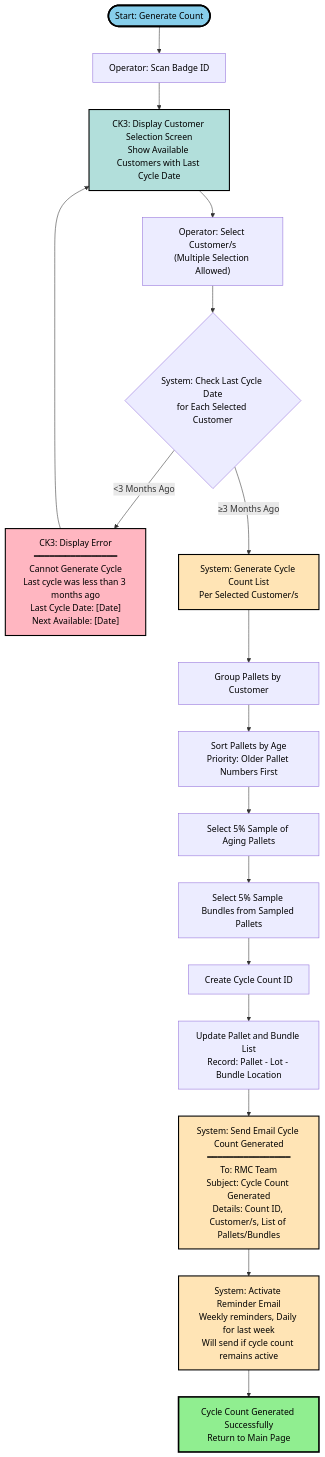
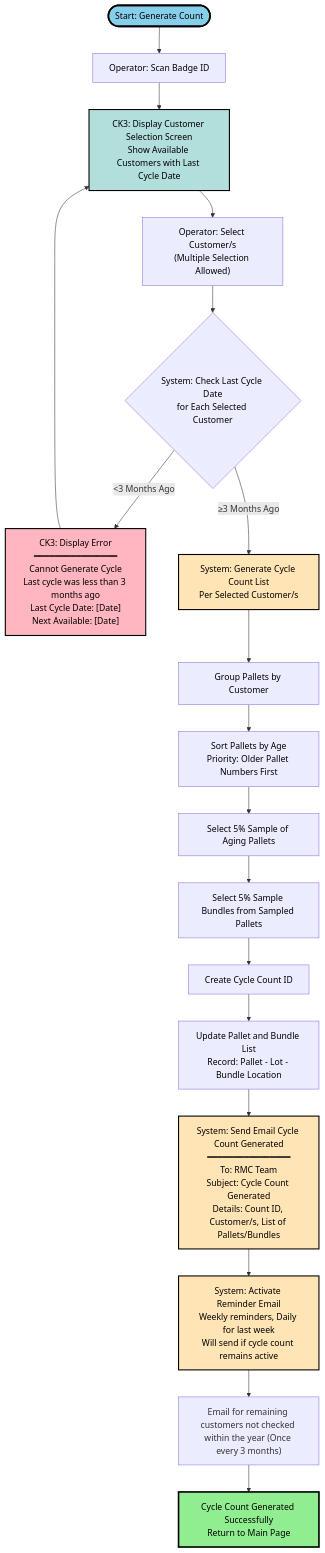
The second of 8 diagrams in workflow.md (kohjs/RMC-Cycle-Count), drawn with Mermaid before and after one commit. The commit also changed other lines of this file, not shown here.

````diff
--- a/workflow.md
+++ b/workflow.md
@@ -51,40 +51,41 @@
 ```mermaid
-flowchart TD
+flowchart TB
     Start(["Start: Generate Count"]) --> n1["Operator: Scan Badge ID"]
     n1 --> n2["CK3: Display Customer Selection Screen<br>Show Available Customers with Last Cycle Date"]
     n2 --> n3["Operator: Select Customer/s<br>(Multiple Selection Allowed)"]
     n3 --> n4{"System: Check Last Cycle Date<br>for Each Selected Customer"}
     n4 -- &lt;3 Months Ago --> n5["CK3: Display Error<br>━━━━━━━━━━━━━━━━<br>Cannot Generate Cycle<br>Last cycle was less than 3 months ago<br>Last Cycle Date: [Date]<br>Next Available: [Date]"]
     n5 --> n2
     n4 -- ≥3 Months Ago --> n6["System: Generate Cycle Count List<br>Per Selected Customer/s"]
     n6 --> B1["Group Pallets by Customer"]
     B1 --> B1a["Sort Pallets by Age<br>Priority: Older Pallet Numbers First"]
     B1b["Select 5% Sample of Aging Pallets"] --> B1c["Select 5% Sample Bundles from Sampled Pallets"]
     B2["Create Cycle Count ID"] --> B3["Update Pallet and Bundle List<br>Record: Pallet - Lot - Bundle Location"]
     B3 --> C1["System: Send Email Cycle Count Generated<br>━━━━━━━━━━━━━━━━<br>To: RMC Team<br>Subject: Cycle Count Generated<br>Details: Count ID, Customer/s, List of Pallets/Bundles"]
     C1 --> C2["System: Activate Reminder Email<br>Weekly reminders, Daily for last week<br>Will send if cycle count remains active"]
-    C2 --> Next["Cycle Count Generated Successfully<br>Return to Main Page"]
+    C2 --> n7["Email for remaining customers not checked within the year (Once every 3 months)"]
     B1a --> B1b
     B1c --> B2
+    n7 --> Next["Cycle Count Generated Successfully<br>Return to Main Page"]
 
     style Start fill:#87CEEB,stroke:#000,stroke-width:3px,color:#000
     style n1 color:#000
     style n2 fill:#B2DFDB,stroke:#000,stroke-width:2px,color:#000
     style n3 color:#000
     style n4 color:#000
     style n5 fill:#FFB6C1,stroke:#000,stroke-width:2px,color:#000
     style n6 fill:#FFE4B5,stroke:#000,stroke-width:2px,color:#000
     style B1 color:#000
     style B1a color:#000
     style B1b color:#000
     style B1c color:#000
     style B2 color:#000
     style B3 color:#000
     style C1 fill:#FFE4B5,stroke:#000,stroke-width:2px,color:#000
     style C2 fill:#FFE4B5,stroke:#000,stroke-width:2px,color:#000
     style Next fill:#90EE90,stroke:#000,stroke-width:3px,color:#000
 
 
 
 
 ```
````
